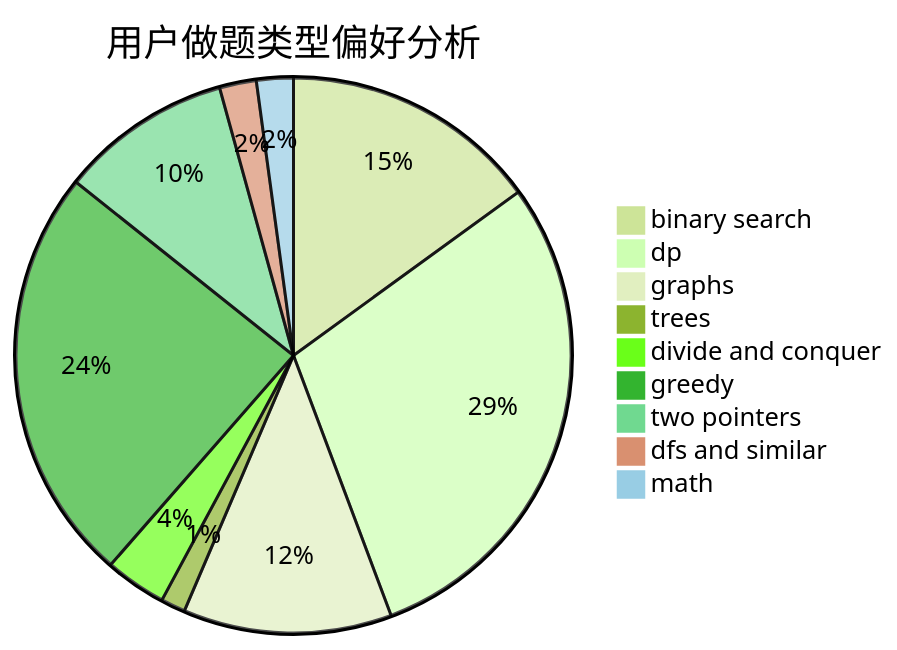
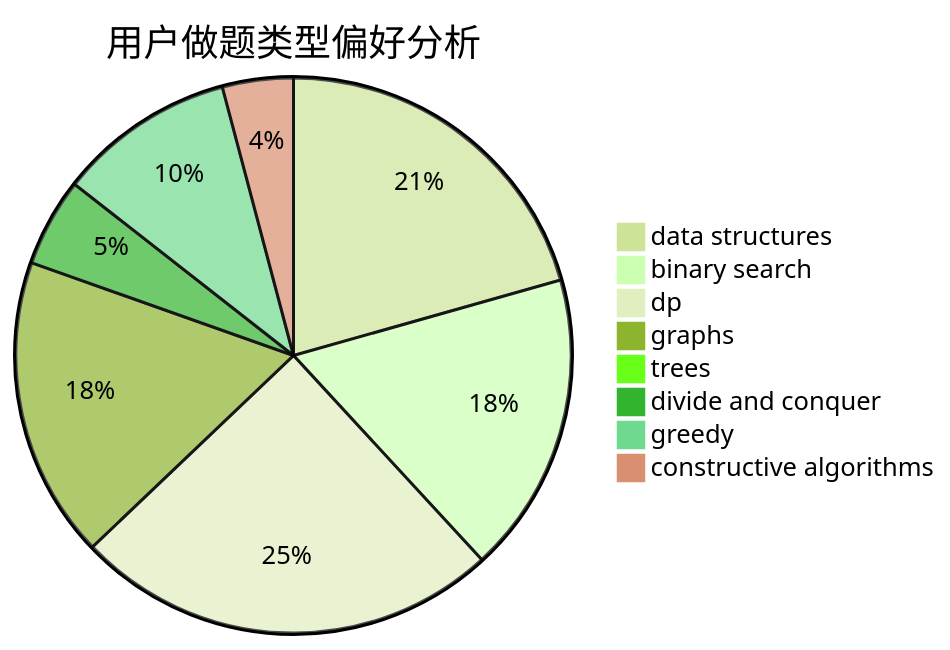
Before and after one commit to sherpahu/cfrs.github.io: the second of 3 diagrams in docs/user/u2415.md, drawn with Mermaid (forest theme). The commit also changed other lines of this file and 2775 other files, not shown here.

````diff
--- a/docs/user/u2415.md
+++ b/docs/user/u2415.md
@@ -23,12 +23,11 @@
 ```mermaid
 pie title 用户做题类型偏好分析
-    "binary search" :  21
-    "dp" :  41
+    "data structures" :  20
+    "binary search" :  17
+    "dp" :  24
     "graphs" :  17
-    "trees" :  2
+    "trees" :  0
     "divide and conquer" :  5
-    "greedy" :  34
-    "two pointers" :  14
-    "dfs and similar" :  3
-    "math" :  3
+    "greedy" :  10
+    "constructive algorithms" :  4
 ```
````
